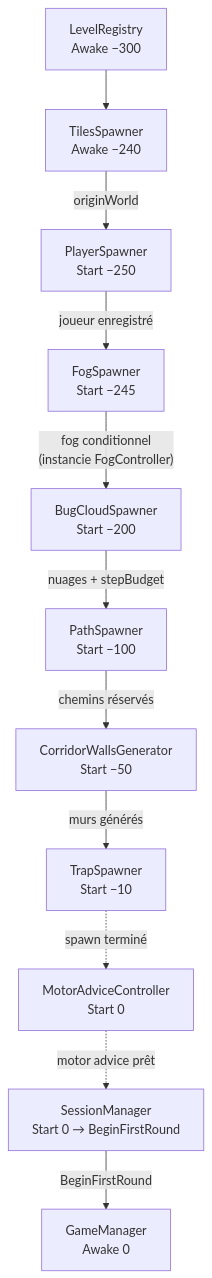
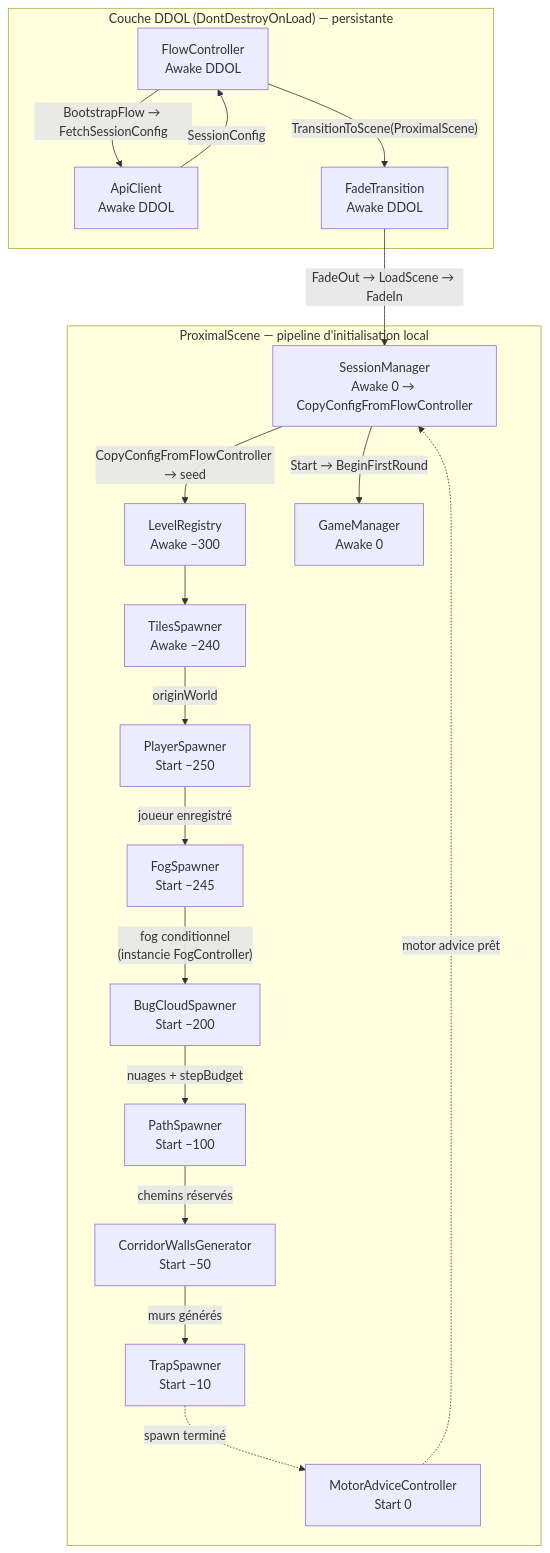
Before and after one commit to PierreChagnon/BUGS: the first of 28 diagrams in Docs/TDD.md, drawn with Mermaid. The commit also changed other lines of this file, not shown here.

````diff
--- a/Docs/TDD.md
+++ b/Docs/TDD.md
@@ -69,25 +78,39 @@
 ```mermaid
 graph TD
-    LR["LevelRegistry\nAwake −300"]
-    TS["TilesSpawner\nAwake −240"]
-    GM["GameManager\nAwake 0"]
-    PS["PlayerSpawner\nStart −250"]
-    FS["FogSpawner\nStart −245"]
-    BCS["BugCloudSpawner\nStart −200"]
-    PaS["PathSpawner\nStart −100"]
-    CWG["CorridorWallsGenerator\nStart −50"]
-    TrS["TrapSpawner\nStart −10"]
-    MAC["MotorAdviceController\nStart 0"]
-    SM["SessionManager\nStart 0 → BeginFirstRound"]
+    subgraph "Couche DDOL (DontDestroyOnLoad) — persistante"
+        FC["FlowController\nAwake DDOL"]
+        AC["ApiClient\nAwake DDOL"]
+        FT["FadeTransition\nAwake DDOL"]
+    end
 
+    subgraph "ProximalScene — pipeline d'initialisation local"
+        LR["LevelRegistry\nAwake −300"]
+        TS["TilesSpawner\nAwake −240"]
+        GM["GameManager\nAwake 0"]
+        PS["PlayerSpawner\nStart −250"]
+        FS["FogSpawner\nStart −245"]
+        BCS["BugCloudSpawner\nStart −200"]
+        PaS["PathSpawner\nStart −100"]
+        CWG["CorridorWallsGenerator\nStart −50"]
+        TrS["TrapSpawner\nStart −10"]
+        MAC["MotorAdviceController\nStart 0"]
+        SM["SessionManager\nAwake 0 → CopyConfigFromFlowController"]
+    end
+
+    FC -->|"BootstrapFlow → FetchSessionConfig"| AC
+    AC -->|"SessionConfig"| FC
+    FC -->|"TransitionToScene(ProximalScene)"| FT
+    FT -->|"FadeOut → LoadScene → FadeIn"| SM
+
+    SM -->|"CopyConfigFromFlowController → seed"| LR
     LR --> TS
     TS -->|originWorld| PS
     PS -->|joueur enregistré| FS
     FS -->|"fog conditionnel\n(instancie FogController)"| BCS
     BCS -->|nuages + stepBudget| PaS
     PaS -->|chemins réservés| CWG
     CWG -->|murs générés| TrS
     TrS -.->|spawn terminé| MAC
     MAC -.->|"motor advice prêt"| SM
-    SM -->|BeginFirstRound| GM
+    SM -->|"Start → BeginFirstRound"| GM
 ```
````
